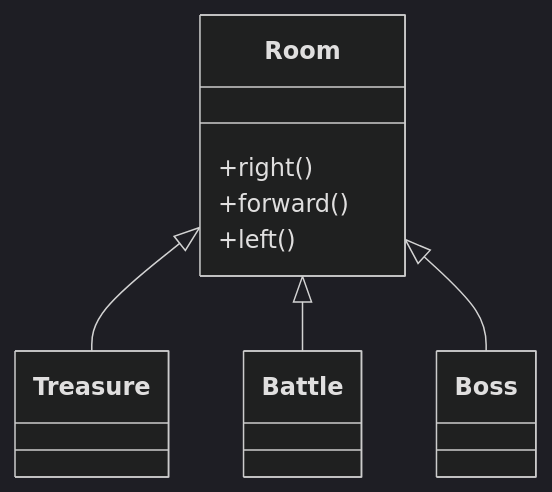
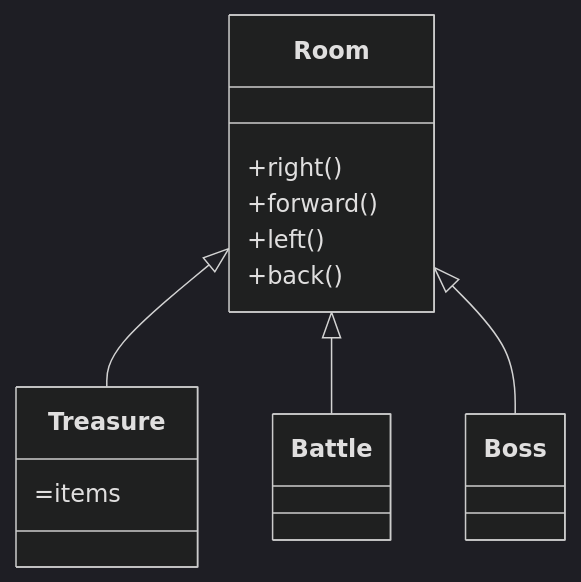
One commit to edward-yee-ny/j1-summary-project-private- changed the first of 3 diagrams in README.md. Above: the diagram before and after it, drawn with Mermaid (dark theme).

````diff
--- a/README.md
+++ b/README.md
@@ -60,9 +60,11 @@
 ```mermaid
 classDiagram
     Room <|-- Treasure
     Room <|-- Battle
     Room <|-- Boss
     Room : +right()
     Room : +forward()
     Room : +left()
+    Room : +back()
+    Treasure : =items
 ```
````
